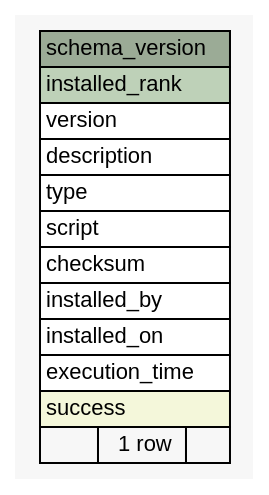
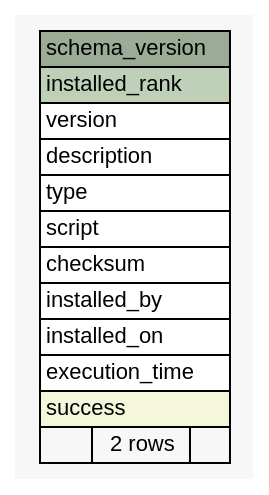
Before and after one commit to su-kun1899/schemaspy-plugin-sample: the diagram in docs/diagrams/summary/schema_version.1degree.dot, drawn with Graphviz. The commit also changed 20 other files, not shown here.

Commit message:
Update schemaSpy html [ci skip]

```diff
--- a/docs/diagrams/summary/schema_version.1degree.dot
+++ b/docs/diagrams/summary/schema_version.1degree.dot
@@ -1,39 +1,39 @@
 // dot 2.26.3 on Linux 3.13.0-91-generic
 // SchemaSpy rev Unknown
 digraph "schema_version" {
   graph [
     rankdir="RL"
     bgcolor="#f7f7f7"
     nodesep="0.18"
     ranksep="0.46"
     fontname="Helvetica"
     fontsize="11"
   ];
   node [
     fontname="Helvetica"
     fontsize="11"
     shape="plaintext"
   ];
   edge [
     arrowsize="0.8"
   ];
   "schema_version" [
     label=<
     <TABLE BORDER="0" CELLBORDER="1" CELLSPACING="0" BGCOLOR="#ffffff">
       <TR><TD COLSPAN="3" BGCOLOR="#9bab96" ALIGN="CENTER">schema_version</TD></TR>
       <TR><TD PORT="installed_rank" COLSPAN="3" BGCOLOR="#bed1b8" ALIGN="LEFT">installed_rank</TD></TR>
       <TR><TD PORT="version" COLSPAN="3" ALIGN="LEFT">version</TD></TR>
       <TR><TD PORT="description" COLSPAN="3" ALIGN="LEFT">description</TD></TR>
       <TR><TD PORT="type" COLSPAN="3" ALIGN="LEFT">type</TD></TR>
       <TR><TD PORT="script" COLSPAN="3" ALIGN="LEFT">script</TD></TR>
       <TR><TD PORT="checksum" COLSPAN="3" ALIGN="LEFT">checksum</TD></TR>
       <TR><TD PORT="installed_by" COLSPAN="3" ALIGN="LEFT">installed_by</TD></TR>
       <TR><TD PORT="installed_on" COLSPAN="3" ALIGN="LEFT">installed_on</TD></TR>
       <TR><TD PORT="execution_time" COLSPAN="3" ALIGN="LEFT">execution_time</TD></TR>
       <TR><TD PORT="success" COLSPAN="3" BGCOLOR="#f4f7da" ALIGN="LEFT">success</TD></TR>
-      <TR><TD ALIGN="LEFT" BGCOLOR="#f7f7f7">  </TD><TD ALIGN="RIGHT" BGCOLOR="#f7f7f7">1 row</TD><TD ALIGN="RIGHT" BGCOLOR="#f7f7f7">  </TD></TR>
+      <TR><TD ALIGN="LEFT" BGCOLOR="#f7f7f7">  </TD><TD ALIGN="RIGHT" BGCOLOR="#f7f7f7">2 rows</TD><TD ALIGN="RIGHT" BGCOLOR="#f7f7f7">  </TD></TR>
     </TABLE>>
     URL="tables/schema_version.html"
     tooltip="schema_version"
   ];
 }
```
